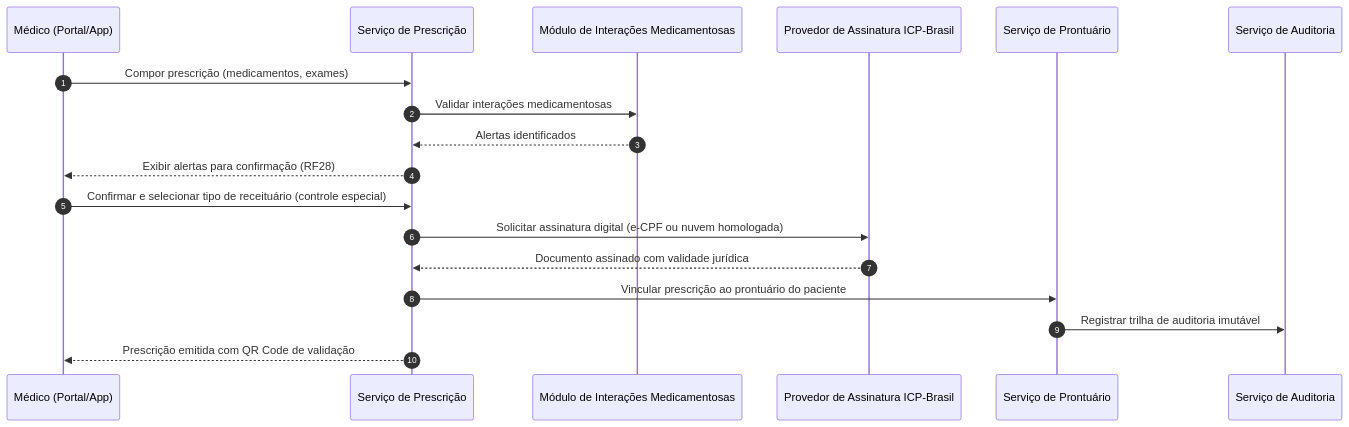
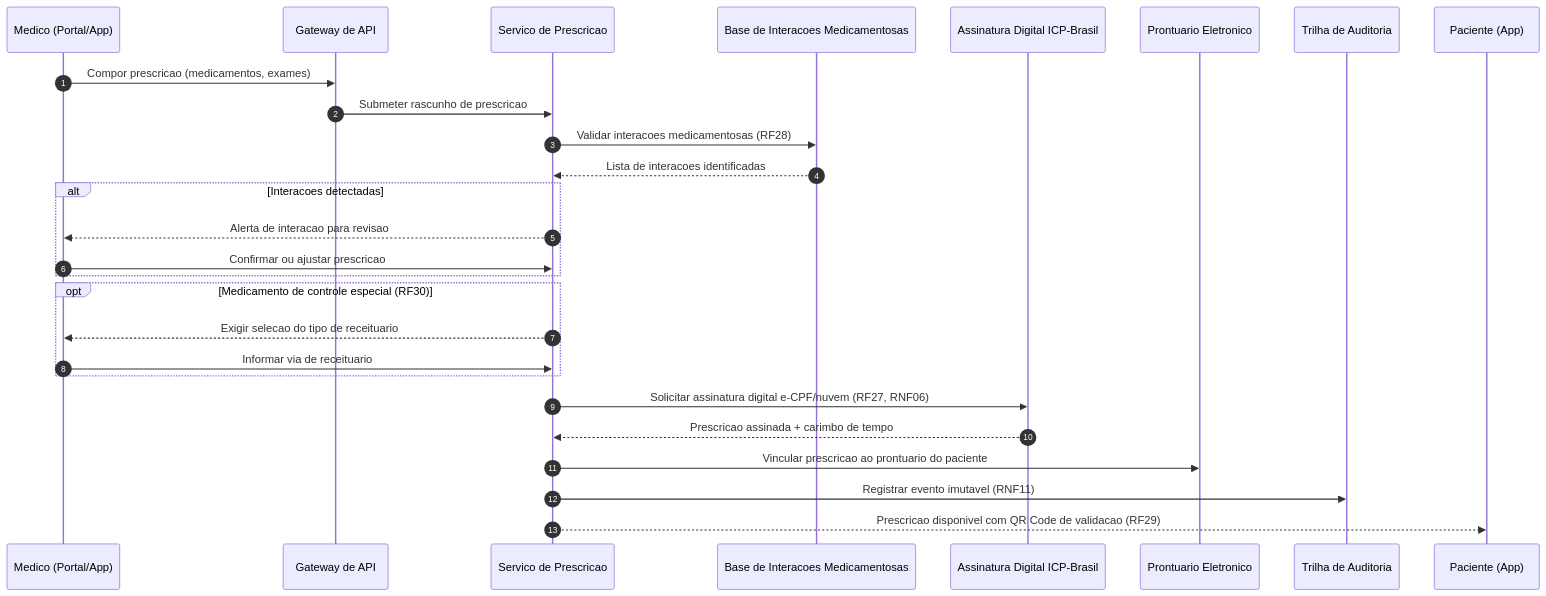
One commit to PDC-ESIA/AI4ES changed the third of 3 diagrams in docs/Time_2_Design/analise-qualitativa/outputs/relatorio_claude_fable_5_G02.md. Above: the diagram before and after it, drawn with Mermaid. The commit also changed other lines of this file and 107 other files, not shown here.

````diff
--- a/docs/Time_2_Design/analise-qualitativa/outputs/relatorio_claude_fable_5_G02.md
+++ b/docs/Time_2_Design/analise-qualitativa/outputs/relatorio_claude_fable_5_G02.md
@@ -129,21 +137,30 @@
 ```mermaid
 sequenceDiagram
     autonumber
-    participant M as Médico (Portal/App)
-    participant PRE as Serviço de Prescrição
-    participant INT as Módulo de Interações Medicamentosas
-    participant ICP as Provedor de Assinatura ICP-Brasil
-    participant PRT as Serviço de Prontuário
-    participant AUD as Serviço de Auditoria
+    participant M as Medico (Portal/App)
+    participant GW as Gateway de API
+    participant RX as Servico de Prescricao
+    participant INT as Base de Interacoes Medicamentosas
+    participant ICP as Assinatura Digital ICP-Brasil
+    participant PRO as Prontuario Eletronico
+    participant AUD as Trilha de Auditoria
+    participant P as Paciente (App)
 
-    M->>PRE: Compor prescrição (medicamentos, exames)
-    PRE->>INT: Validar interações medicamentosas
-    INT-->>PRE: Alertas identificados
-    PRE-->>M: Exibir alertas para confirmação (RF28)
-    M->>PRE: Confirmar e selecionar tipo de receituário (controle especial)
-    PRE->>ICP: Solicitar assinatura digital (e-CPF ou nuvem homologada)
-    ICP-->>PRE: Documento assinado com validade jurídica
-    PRE->>PRT: Vincular prescrição ao prontuário do paciente
-    PRT->>AUD: Registrar trilha de auditoria imutável
-    PRE-->>M: Prescrição emitida com QR Code de validação
+    M->>GW: Compor prescricao (medicamentos, exames)
+    GW->>RX: Submeter rascunho de prescricao
+    RX->>INT: Validar interacoes medicamentosas (RF28)
+    INT-->>RX: Lista de interacoes identificadas
+    alt Interacoes detectadas
+        RX-->>M: Alerta de interacao para revisao
+        M->>RX: Confirmar ou ajustar prescricao
+    end
+    opt Medicamento de controle especial (RF30)
+        RX-->>M: Exigir selecao do tipo de receituario
+        M->>RX: Informar via de receituario
+    end
+    RX->>ICP: Solicitar assinatura digital e-CPF/nuvem (RF27, RNF06)
+    ICP-->>RX: Prescricao assinada + carimbo de tempo
+    RX->>PRO: Vincular prescricao ao prontuario do paciente
+    RX->>AUD: Registrar evento imutavel (RNF11)
+    RX-->>P: Prescricao disponivel com QR Code de validacao (RF29)
 ```
````
